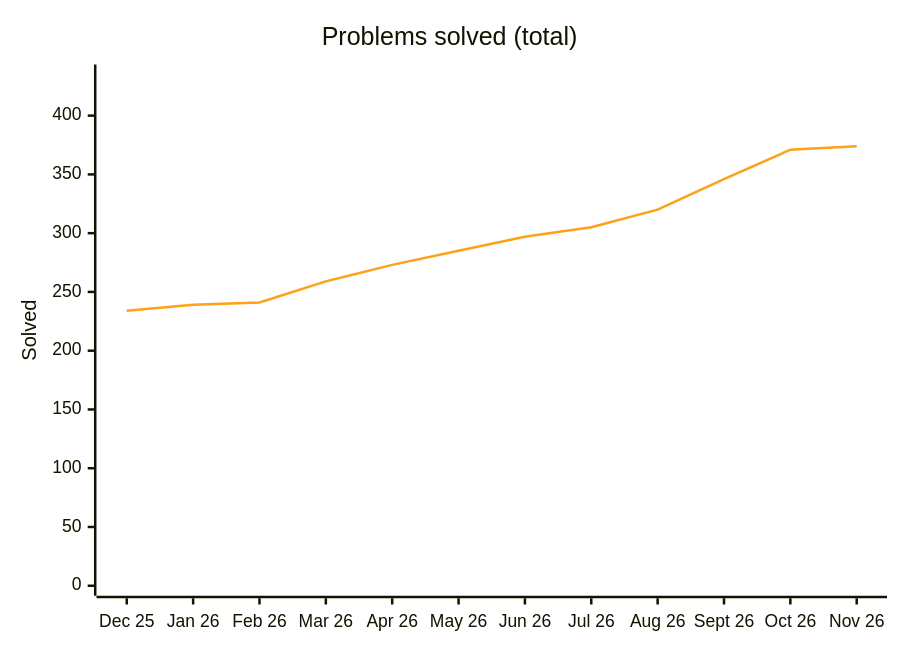
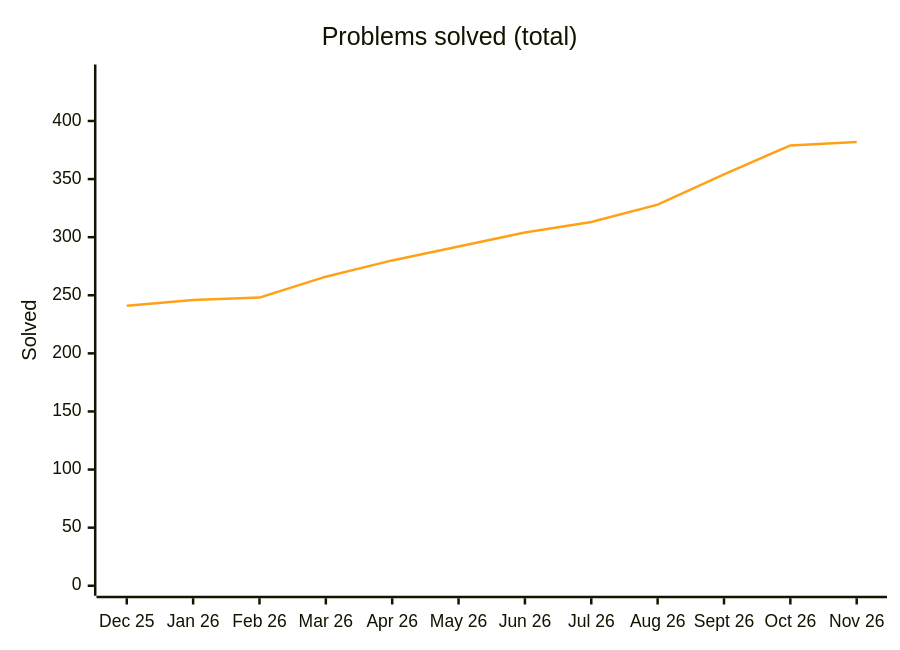
One commit to Ved-u/Java-DSA changed the diagram in README.md. Above: the diagram before and after it, drawn with Mermaid. The commit also changed other lines of this file and 10 other files, not shown here.

````diff
--- a/README.md
+++ b/README.md
@@ -53,8 +53,8 @@
 ```mermaid
 %%{init: {"themeVariables": {"xyChart": {"plotColorPalette": "#ffa116"}}}}%%
 xychart-beta
     title "Problems solved (total)"
     x-axis ["Dec 25", "Jan 26", "Feb 26", "Mar 26", "Apr 26", "May 26", "Jun 26", "Jul 26", "Aug 26", "Sept 26", "Oct 26", "Nov 26"]
-    y-axis "Solved" 0 --> 435
-    line [234, 239, 241, 259, 273, 285, 297, 305, 320, 346, 371, 374]
+    y-axis "Solved" 0 --> 440
+    line [241, 246, 248, 266, 280, 292, 304, 313, 328, 354, 379, 382]
 ```
````
